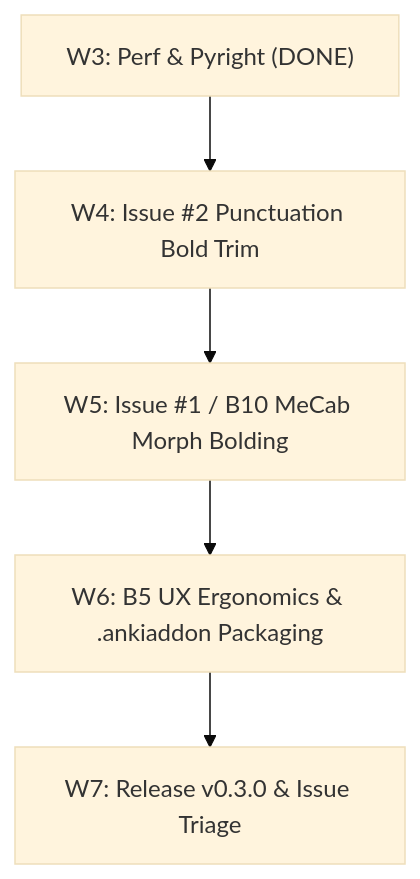
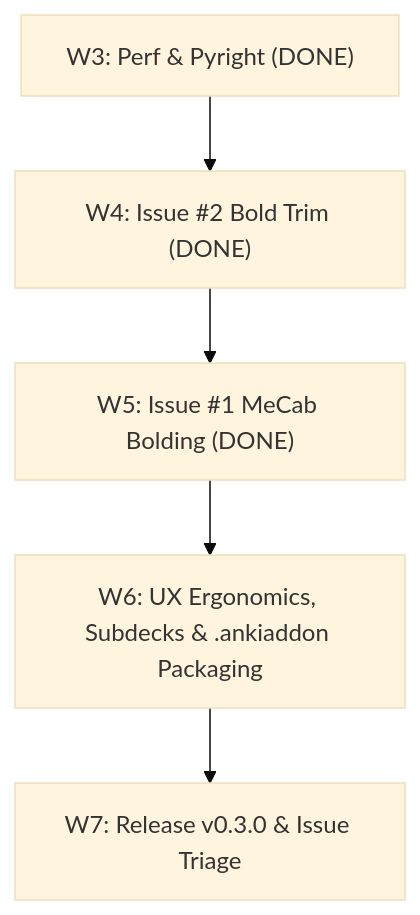
The diagram in HANDOFF.md (cassandre60/anki-mining-backfill), drawn with Mermaid (base theme) before and after one commit. The commit also changed other lines of this file, not shown here.

````diff
--- a/HANDOFF.md
+++ b/HANDOFF.md
@@ -79,7 +92,7 @@
 ```mermaid
 flowchart TD
-    W3["W3: Perf & Pyright (DONE)"] --> W4["W4: Issue #2 Punctuation Bold Trim"]
-    W4 --> W5["W5: Issue #1 / B10 MeCab Morph Bolding"]
-    W5 --> W6["W6: B5 UX Ergonomics & .ankiaddon Packaging"]
+    W3["W3: Perf & Pyright (DONE)"] --> W4["W4: Issue #2 Bold Trim (DONE)"]
+    W4 --> W5["W5: Issue #1 MeCab Bolding (DONE)"]
+    W5 --> W6["W6: UX Ergonomics, Subdecks & .ankiaddon Packaging"]
     W6 --> W7["W7: Release v0.3.0 & Issue Triage"]
 ```
````
